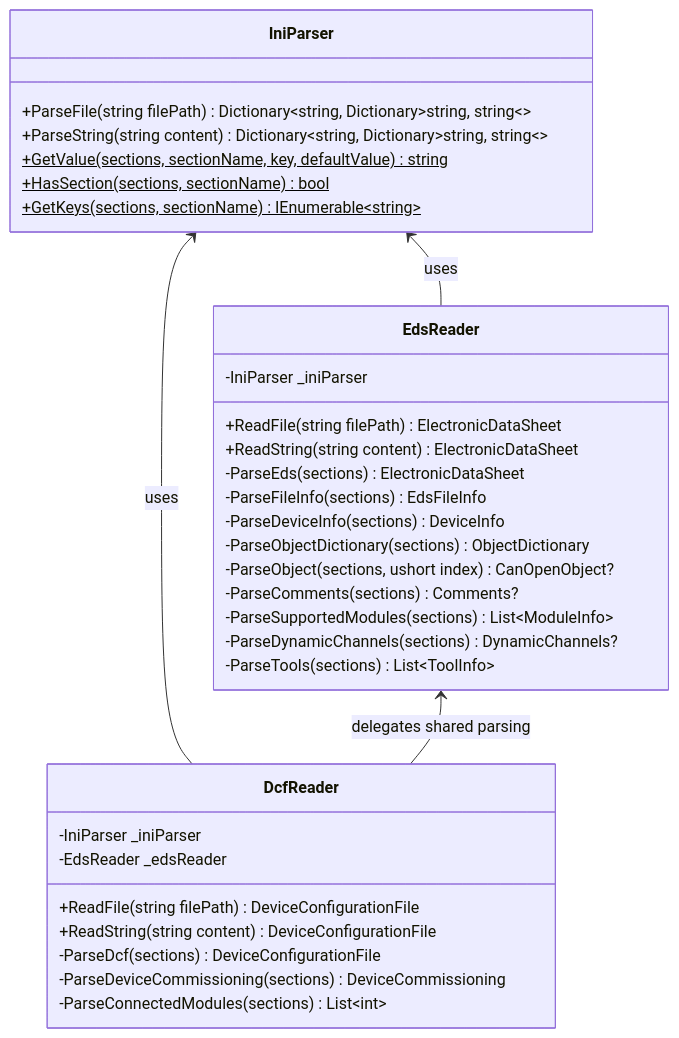
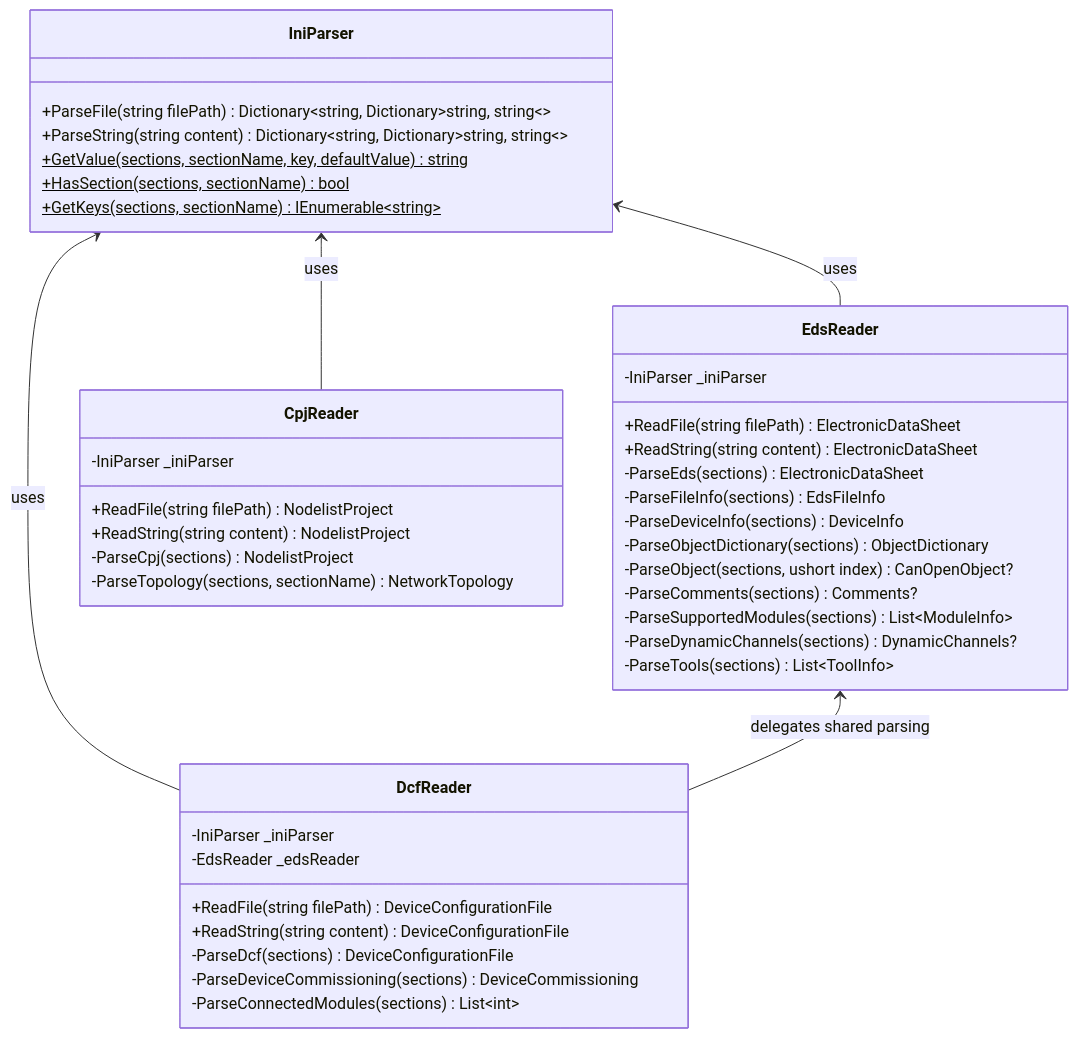
Before and after one commit to dborgards/eds-dcf-net: the second of 8 diagrams in docs/architecture/05-building-block-view.md, drawn with Mermaid. The commit also changed other lines of this file and 18 other files, not shown here.

First line of the commit message:
feat: add CiA 306-3 nodelist project (.cpj) support (#21)

````diff
--- a/docs/architecture/05-building-block-view.md
+++ b/docs/architecture/05-building-block-view.md
@@ -53,39 +55,48 @@
 ```mermaid
 classDiagram
     class IniParser {
         +ParseFile(string filePath) Dictionary~string, Dictionary~string, string~~
         +ParseString(string content) Dictionary~string, Dictionary~string, string~~
         +GetValue(sections, sectionName, key, defaultValue) string$
         +HasSection(sections, sectionName) bool$
         +GetKeys(sections, sectionName) IEnumerable~string~$
     }
 
     class EdsReader {
         -IniParser _iniParser
         +ReadFile(string filePath) ElectronicDataSheet
         +ReadString(string content) ElectronicDataSheet
         -ParseEds(sections) ElectronicDataSheet
         -ParseFileInfo(sections) EdsFileInfo
         -ParseDeviceInfo(sections) DeviceInfo
         -ParseObjectDictionary(sections) ObjectDictionary
         -ParseObject(sections, ushort index) CanOpenObject?
         -ParseComments(sections) Comments?
         -ParseSupportedModules(sections) List~ModuleInfo~
         -ParseDynamicChannels(sections) DynamicChannels?
         -ParseTools(sections) List~ToolInfo~
     }
 
     class DcfReader {
         -IniParser _iniParser
         -EdsReader _edsReader
         +ReadFile(string filePath) DeviceConfigurationFile
         +ReadString(string content) DeviceConfigurationFile
         -ParseDcf(sections) DeviceConfigurationFile
         -ParseDeviceCommissioning(sections) DeviceCommissioning
         -ParseConnectedModules(sections) List~int~
     }
 
+    class CpjReader {
+        -IniParser _iniParser
+        +ReadFile(string filePath) NodelistProject
+        +ReadString(string content) NodelistProject
+        -ParseCpj(sections) NodelistProject
+        -ParseTopology(sections, sectionName) NetworkTopology
+    }
+
     IniParser <-- EdsReader : uses
     IniParser <-- DcfReader : uses
+    IniParser <-- CpjReader : uses
     EdsReader <-- DcfReader : delegates shared parsing
 ```
````
